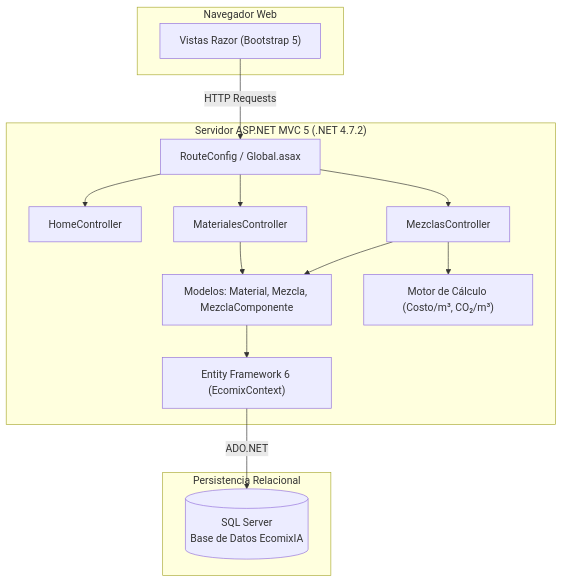
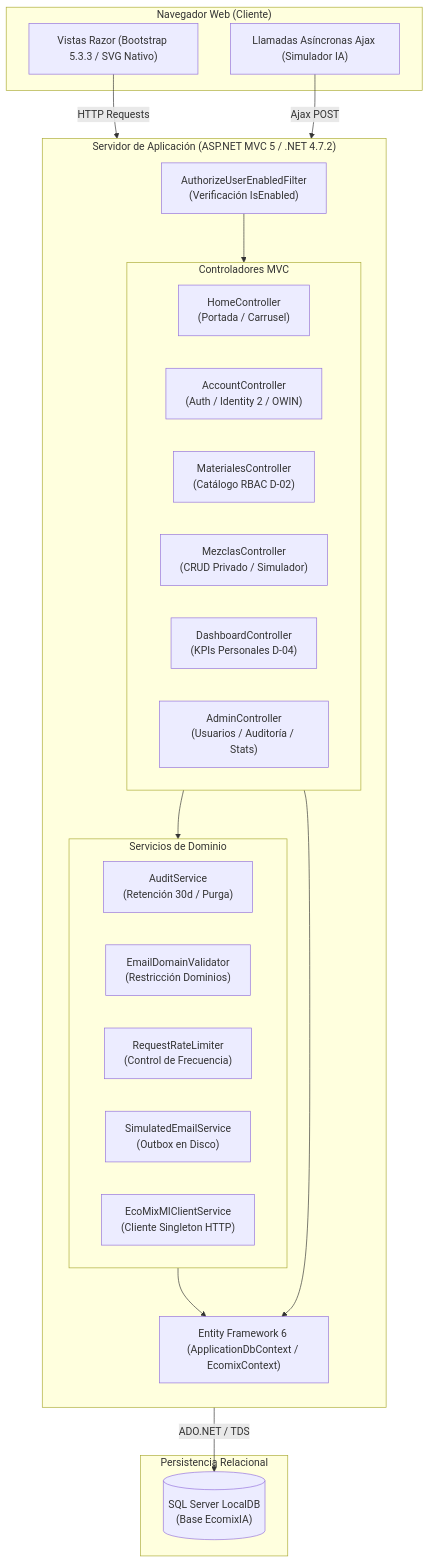
Before and after one commit to joeguillenl/EcomixIA: the first of 2 diagrams in README.md, drawn with Mermaid. The commit also changed other lines of this file, not shown here.

Commit message:
docs(readme): actualizar documentacion principal EcoMix IA post H05-R

````diff
--- a/README.md
+++ b/README.md
@@ -97,30 +131,43 @@
 ```mermaid
 flowchart TD
-    subgraph Cliente["Navegador Web"]
-        UI["Vistas Razor (Bootstrap 5)"]
+    subgraph Cliente ["Navegador Web (Cliente)"]
+        UI["Vistas Razor (Bootstrap 5.3.3 / SVG Nativo)"]
+        Ajax["Llamadas Asíncronas Ajax (Simulador IA)"]
     end
 
-    subgraph Aplicacion["Servidor ASP.NET MVC 5 (.NET 4.7.2)"]
-        Routes["RouteConfig / Global.asax"]
-        HC["HomeController"]
-        MC["MaterialesController"]
-        ZC["MezclasController"]
-        Domain["Modelos: Material, Mezcla, MezclaComponente"]
-        Calc["Motor de Cálculo (Costo/m³, CO₂/m³)"]
-        EF["Entity Framework 6 (EcomixContext)"]
+    subgraph ServidorWeb ["Servidor de Aplicación (ASP.NET MVC 5 / .NET 4.7.2)"]
+        direction TB
+        GlobalFilter["AuthorizeUserEnabledFilter\n(Verificación IsEnabled)"]
+        
+        subgraph Controladores ["Controladores MVC"]
+            HomeCtrl["HomeController\n(Portada / Carrusel)"]
+            AccountCtrl["AccountController\n(Auth / Identity 2 / OWIN)"]
+            MatCtrl["MaterialesController\n(Catálogo RBAC D-02)"]
+            MezclasCtrl["MezclasController\n(CRUD Privado / Simulador)"]
+            DashCtrl["DashboardController\n(KPIs Personales D-04)"]
+            AdminCtrl["AdminController\n(Usuarios / Auditoría / Stats)"]
+        end
+
+        subgraph Servicios ["Servicios de Dominio"]
+            AuditSvc["AuditService\n(Retención 30d / Purga)"]
+            DomainVal["EmailDomainValidator\n(Restricción Dominios)"]
+            RateLim["RequestRateLimiter\n(Control de Frecuencia)"]
+            EmailSvc["SimulatedEmailService\n(Outbox en Disco)"]
+            MlClient["EcoMixMlClientService\n(Cliente Singleton HTTP)"]
+        end
+
+        EF["Entity Framework 6 (ApplicationDbContext / EcomixContext)"]
     end
 
-    subgraph Datos["Persistencia Relacional"]
-        SQL[("SQL Server\nBase de Datos EcomixIA")]
+    subgraph Persistencia ["Persistencia Relacional"]
+        SQL[("SQL Server LocalDB\n(Base EcomixIA)")]
     end
 
-    UI -->|HTTP Requests| Routes
-    Routes --> HC
-    Routes --> MC
-    Routes --> ZC
-    MC --> Domain
-    ZC --> Domain
-    ZC --> Calc
-    Domain --> EF
-    EF -->|ADO.NET| SQL
+    UI -->|HTTP Requests| GlobalFilter
+    Ajax -->|Ajax POST| GlobalFilter
+    GlobalFilter --> Controladores
+    Controladores --> Servicios
+    Servicios --> EF
+    Controladores --> EF
+    EF -->|ADO.NET / TDS| SQL
 ```
````
